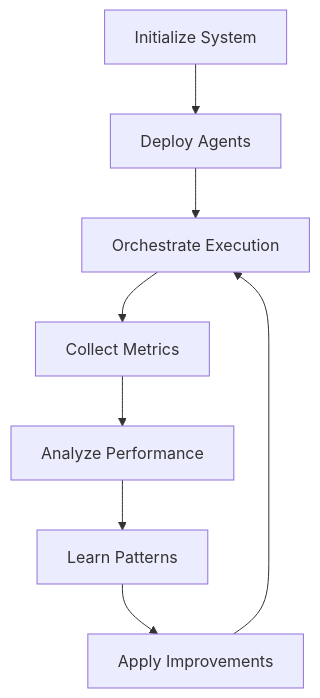
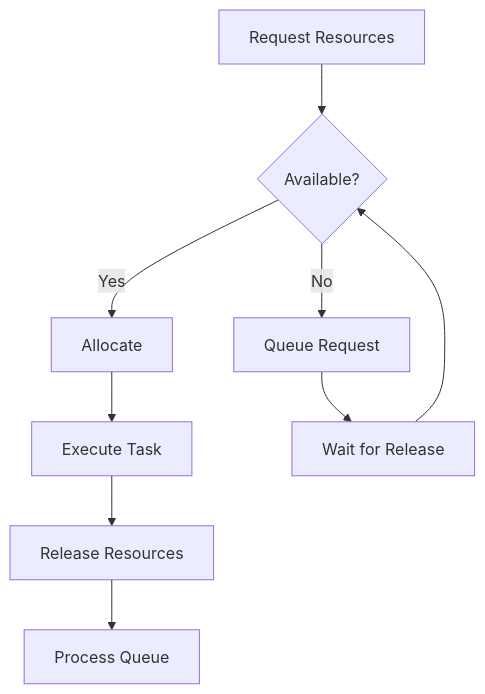
Before and after one commit to Ooples-Finance-LLC/AiDotNet: the second of 2 diagrams in BuildFixAgents/DEVELOPER_GUIDE.md, drawn with Mermaid. The commit also changed other lines of this file and 132 other files, not shown here.

````diff
--- a/BuildFixAgents/DEVELOPER_GUIDE.md
+++ b/BuildFixAgents/DEVELOPER_GUIDE.md
@@ -273,10 +383,11 @@
 ```mermaid
 graph TD
-    A[Initialize System] --> B[Deploy Agents]
-    B --> C[Orchestrate Execution]
-    C --> D[Collect Metrics]
-    D --> E[Analyze Performance]
-    E --> F[Learn Patterns]
-    F --> G[Apply Improvements]
-    G --> C
+    A[Request Resources] --> B{Available?}
+    B -->|Yes| C[Allocate]
+    B -->|No| D[Queue Request]
+    C --> E[Execute Task]
+    D --> F[Wait for Release]
+    F --> B
+    E --> G[Release Resources]
+    G --> H[Process Queue]
 ```
````
